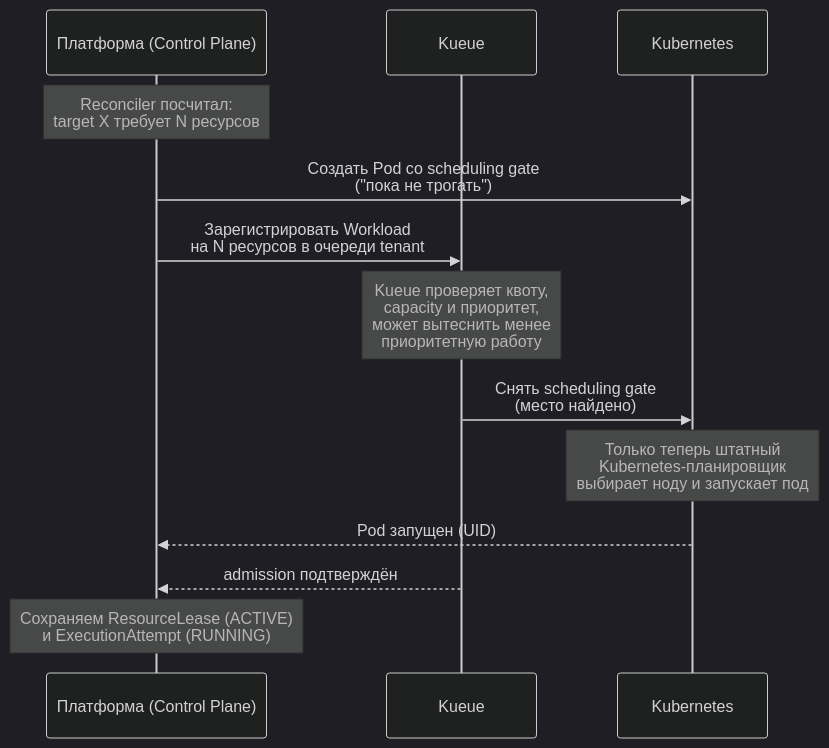
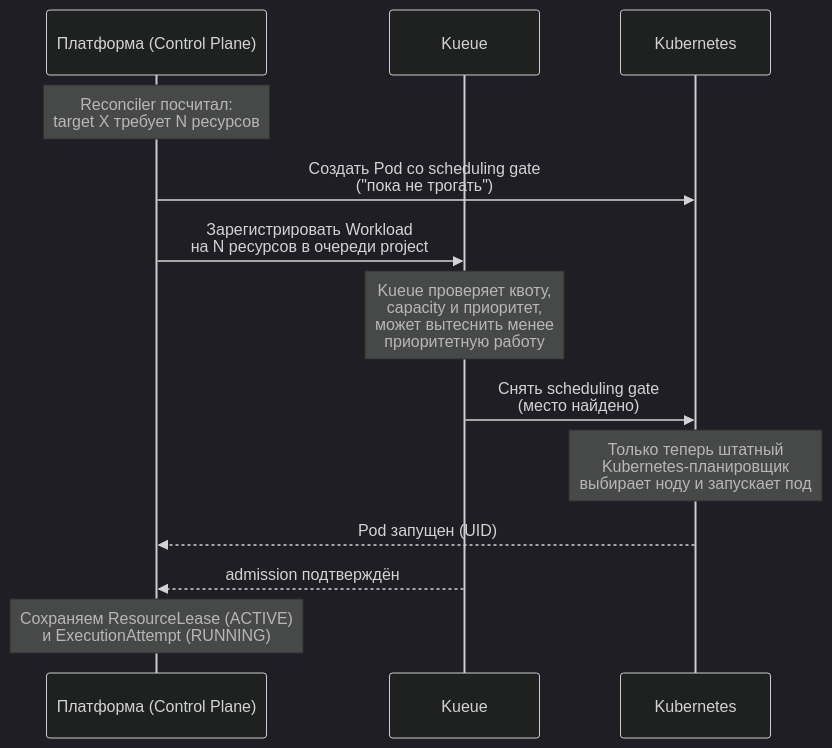
Before and after one commit to Djuckman/distributed-fuzz: the fifth of 5 diagrams in README.md, drawn with Mermaid (dark theme). The commit also changed other lines of this file and 5 other files, not shown here.

First line of the commit message:
Remove Tenant/multi-tenancy and workload isolation model

````diff
--- a/README.md
+++ b/README.md
@@ -136,16 +183,16 @@
 ```mermaid
 sequenceDiagram
     participant P as Платформа (Control Plane)
     participant Q as Kueue
     participant K as Kubernetes
 
     Note over P: Reconciler посчитал:<br/>target X требует N ресурсов
     P->>K: Создать Pod со scheduling gate<br/>("пока не трогать")
-    P->>Q: Зарегистрировать Workload<br/>на N ресурсов в очереди tenant
+    P->>Q: Зарегистрировать Workload<br/>на N ресурсов в очереди project
     Note over Q: Kueue проверяет квоту,<br/>capacity и приоритет,<br/>может вытеснить менее<br/>приоритетную работу
     Q->>K: Снять scheduling gate<br/>(место найдено)
     Note over K: Только теперь штатный<br/>Kubernetes-планировщик<br/>выбирает ноду и запускает под
     K-->>P: Pod запущен (UID)
     Q-->>P: admission подтверждён
     Note over P: Сохраняем ResourceLease (ACTIVE)<br/>и ExecutionAttempt (RUNNING)
 ```
````
